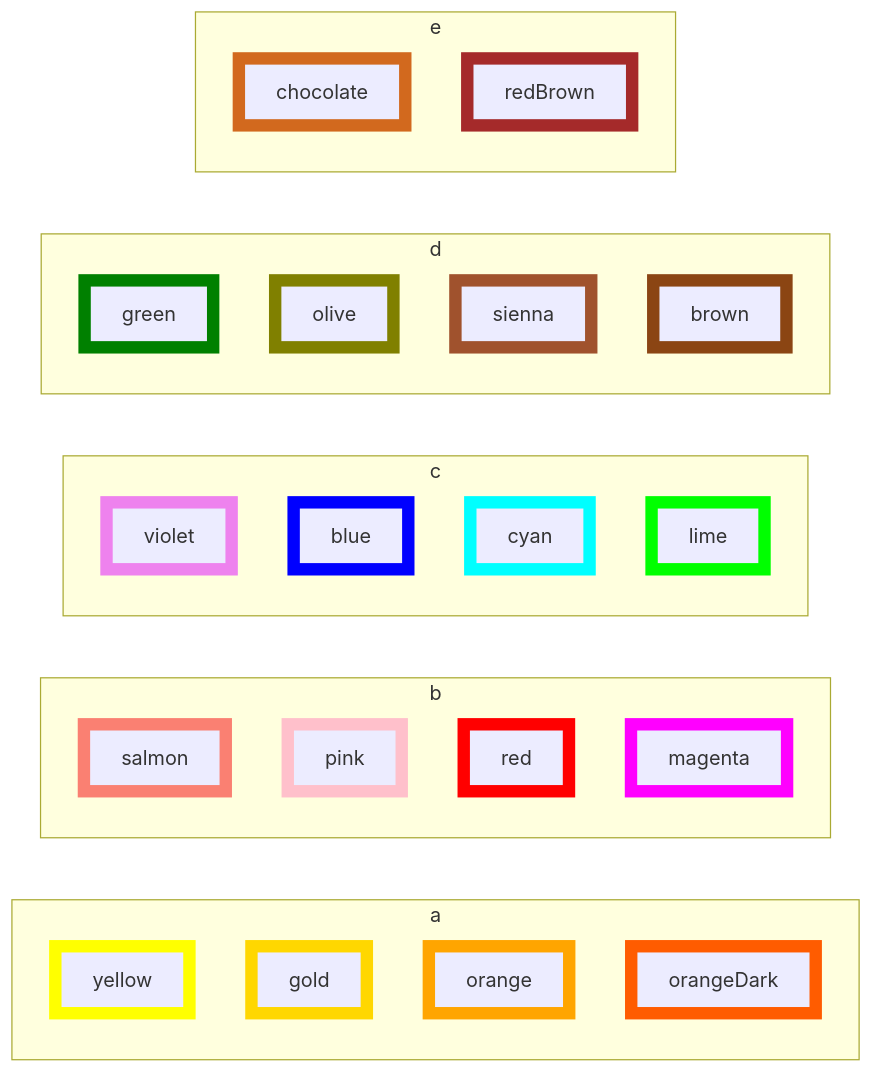
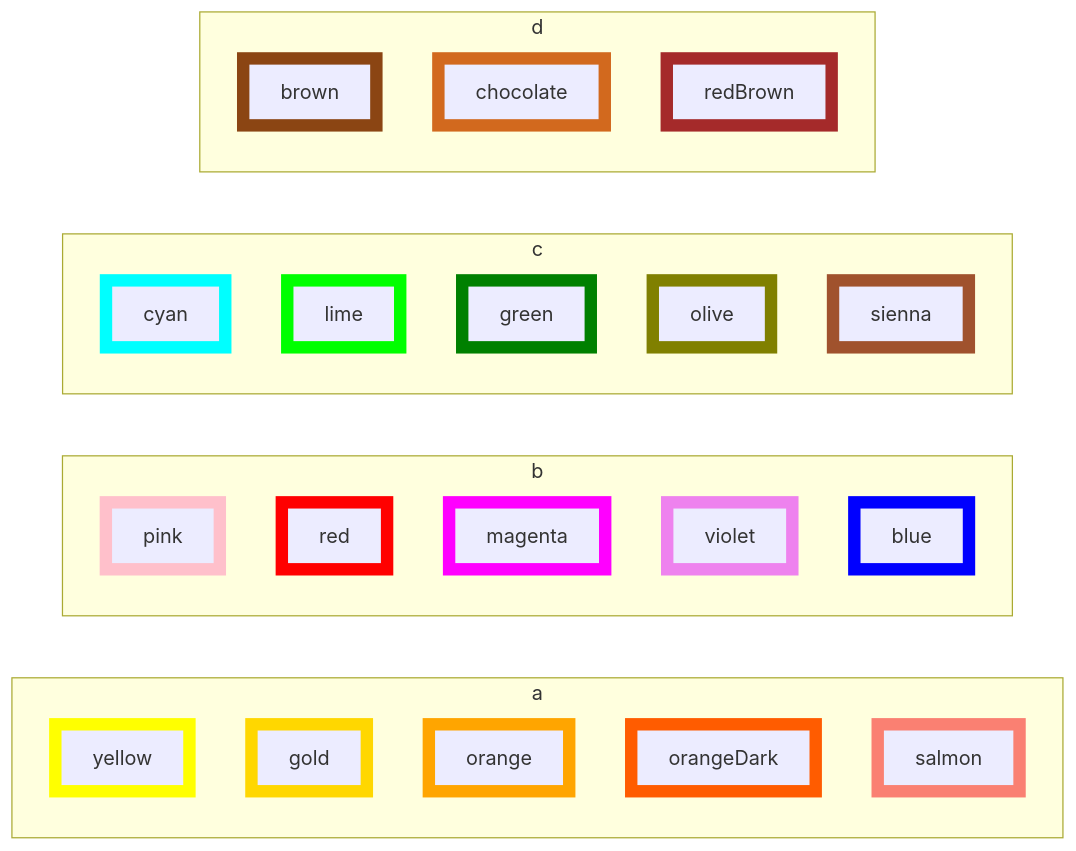
One commit to Ee-Cs/Ee-Cs.github.io changed the second of 2 diagrams in files/fill-and-stroke-colors.md. Above: the diagram before and after it, drawn with Mermaid.

````diff
--- a/files/fill-and-stroke-colors.md
+++ b/files/fill-and-stroke-colors.md
@@ -28,50 +28,48 @@
 ```mermaid
 flowchart LR
 subgraph a
     yellow:::yellow
     gold:::gold
     orange:::orange
     orangeDark:::orangeDark
+    salmon:::salmon
 end
 subgraph b
-    salmon:::salmon
     pink:::pink
     red:::red
     magenta:::magenta
+    violet:::violet
+    blue:::blue
 end
 subgraph c
-    violet:::violet
-    blue:::blue
     cyan:::cyan
     lime:::lime
-end
-subgraph d
     green:::green
     olive:::olive
     sienna:::sienna
+end
+subgraph d
     brown:::brown
-end
-subgraph e
     chocolate:::chocolate
     redBrown:::redBrown
 end
 %% Styles
     classDef brown stroke:saddlebrown,stroke-width:10px
     classDef blue stroke:blue,stroke-width:10px
     classDef chocolate stroke:chocolate,stroke-width:10px
     classDef cyan stroke:cyan,stroke-width:10px
     classDef gold stroke:gold,stroke-width:10px
     classDef green stroke:green,stroke-width:10px
     classDef lime stroke:lime,stroke-width:10px
     classDef magenta stroke:magenta,stroke-width:10px
     classDef olive stroke:olive,stroke-width:10px
     classDef orange stroke:orange,stroke-width:10px
     classDef orangeDark stroke:#FF5C00,stroke-width:10px
     classDef pink stroke:pink,stroke-width:10px
     classDef red stroke:red,stroke-width:10px
     classDef redBrown stroke:brown,stroke-width:10px
     classDef salmon stroke:salmon,stroke-width:10px
     classDef sienna stroke:sienna,stroke-width:10px
     classDef violet stroke:violet,stroke-width:10px
     classDef yellow stroke:yellow,stroke-width:10px
 ```
````
